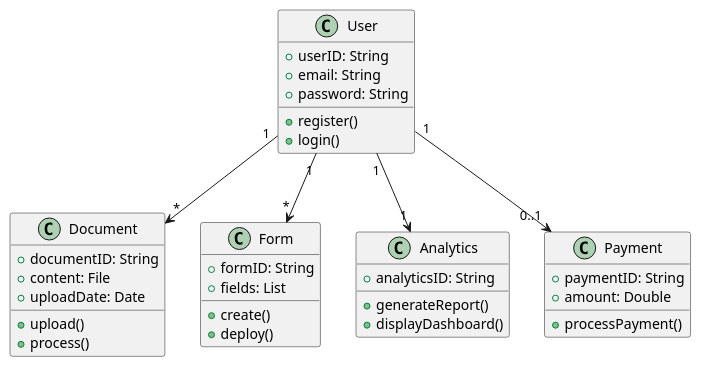
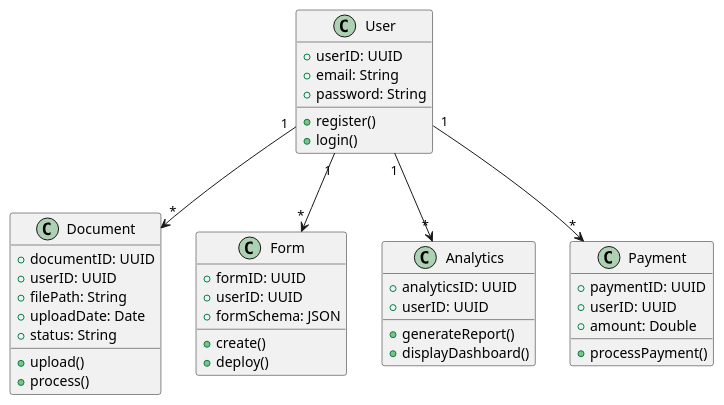
The second of 4 diagrams in daft_report.md (FormSculptor/Internal-Documentation), drawn with PlantUML before and after one commit. The commit also changed other lines of this file, not shown here.

````diff
--- a/daft_report.md
+++ b/daft_report.md
@@ -231,43 +181,48 @@
 ```plantuml
 @startuml
 class User {
-    +userID: String
+    +userID: UUID
     +email: String
     +password: String
     +register()
     +login()
 }
 
 class Document {
-    +documentID: String
-    +content: File
+    +documentID: UUID
+    +userID: UUID
+    +filePath: String
     +uploadDate: Date
+    +status: String
     +upload()
     +process()
 }
 
 class Form {
-    +formID: String
-    +fields: List
+    +formID: UUID
+    +userID: UUID
+    +formSchema: JSON
     +create()
     +deploy()
 }
 
 class Analytics {
-    +analyticsID: String
+    +analyticsID: UUID
+    +userID: UUID
     +generateReport()
     +displayDashboard()
 }
 
 class Payment {
-    +paymentID: String
+    +paymentID: UUID
+    +userID: UUID
     +amount: Double
     +processPayment()
 }
 
 User "1" --> "*" Document
 User "1" --> "*" Form
-User "1" --> "1" Analytics
-User "1" --> "0..1" Payment
+User "1" --> "*" Analytics
+User "1" --> "*" Payment
 @enduml
 ```
````
